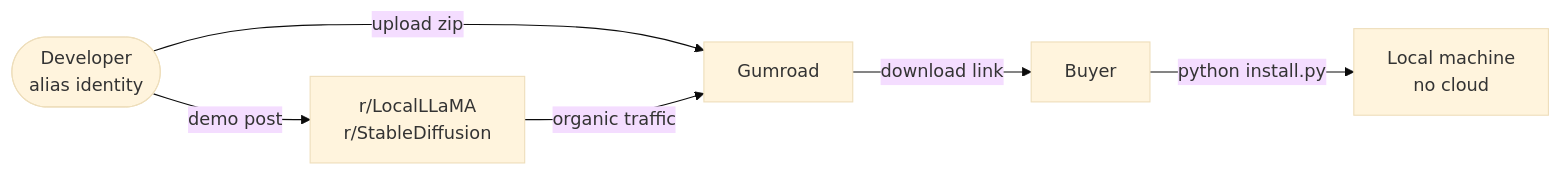
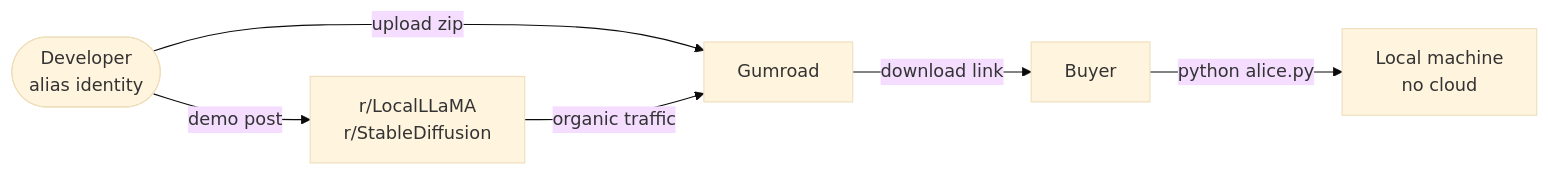
The third of 3 diagrams in Roadmap.md (cschladetsch/PyLocalEnsemble), drawn with Mermaid (base theme) before and after one commit. The commit also changed other lines of this file and 18 other files, not shown here.

````diff
--- a/Roadmap.md
+++ b/Roadmap.md
@@ -143,8 +168,8 @@
 ```mermaid
 flowchart LR
     Dev([Developer\nalias identity]) -->|upload zip| Gumroad
     Gumroad -->|download link| Buyer
-    Buyer -->|python install.py| Local["Local machine\nno cloud"]
+    Buyer -->|python alice.py| Local["Local machine\nno cloud"]
     Dev -->|demo post| Reddit["r/LocalLLaMA\nr/StableDiffusion"]
     Reddit -->|organic traffic| Gumroad
 ```
````
